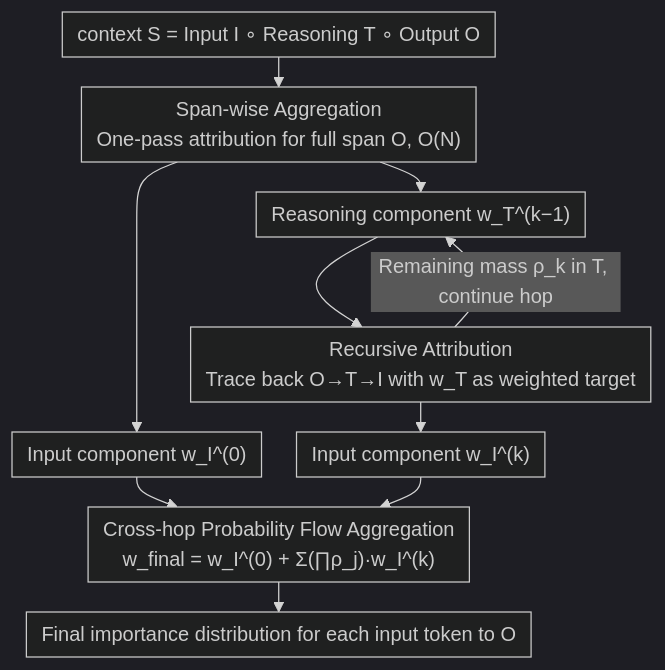
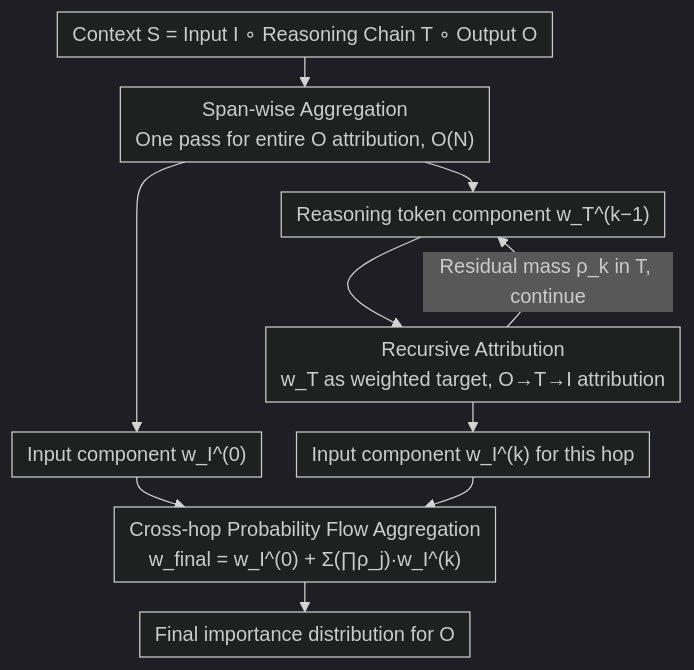
The diagram in docs/ICML2026/interpretability/towards_long-horizon_interpretability_efficient_and_faithful_multi-token_attribu.md (zhaoyang97/Paper-Notes-en), drawn with Mermaid (dark theme) before and after one commit. The commit also changed other lines of this file and 5084 other files, not shown here.

````diff
--- a/docs/ICML2026/interpretability/towards_long-horizon_interpretability_efficient_and_faithful_multi-token_attribu.md
+++ b/docs/ICML2026/interpretability/towards_long-horizon_interpretability_efficient_and_faithful_multi-token_attribu.md
@@ -49,13 +49,13 @@
 ```mermaid
 %%{init: {'flowchart': {'rankSpacing': 24, 'nodeSpacing': 28, 'padding': 6, 'wrappingWidth': 400}}}%%
 flowchart TD
-    A["context S = Input I ∘ Reasoning T ∘ Output O"] --> B["Span-wise Aggregation<br/>One-pass attribution for full span O, O(N)"]
+    A["Context S = Input I ∘ Reasoning Chain T ∘ Output O"] --> B["Span-wise Aggregation<br/>One pass for entire O attribution, O(N)"]
     B --> C["Input component w_I^(0)"]
-    B --> D["Reasoning component w_T^(k−1)"]
-    D --> E["Recursive Attribution<br/>Trace back O→T→I with w_T as weighted target"]
-    E -->|Remaining mass ρ_k in T, continue hop| D
-    E --> F["Input component w_I^(k)"]
+    B --> D["Reasoning token component w_T^(k−1)"]
+    D --> E["Recursive Attribution<br/>w_T as weighted target, O→T→I attribution"]
+    E -->|Residual mass ρ_k in T, continue| D
+    E --> F["Input component w_I^(k) for this hop"]
     C --> G["Cross-hop Probability Flow Aggregation<br/>w_final = w_I^(0) + Σ(∏ρ_j)·w_I^(k)"]
     F --> G
-    G --> H["Final importance distribution for each input token to O"]
+    G --> H["Final importance distribution for O"]
 ```
````
